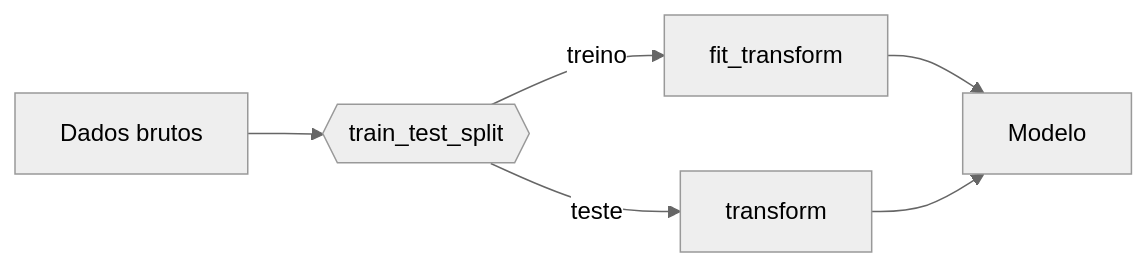
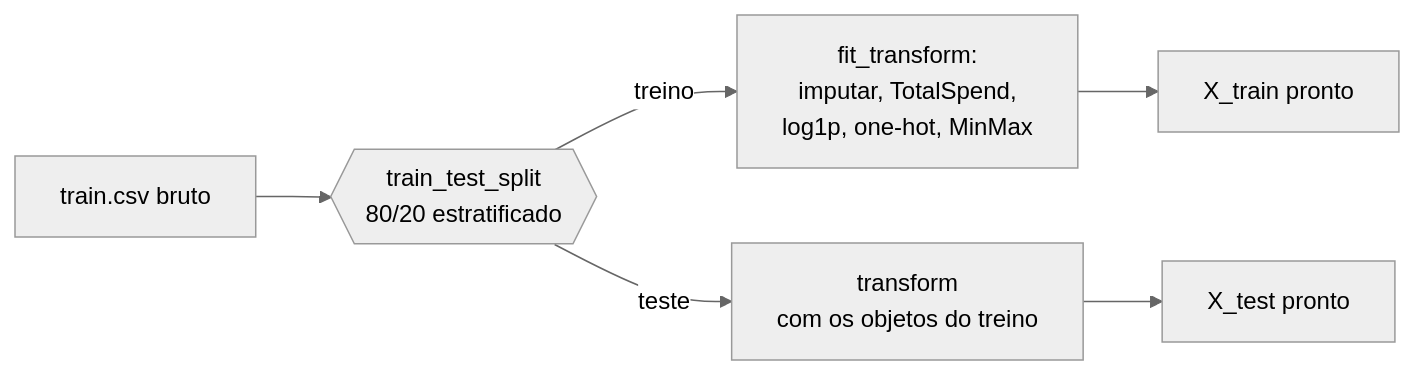
Before and after one commit to giovannyjvr/exercicio-redes: the diagram in docs/exercises/data/index.md, drawn with Mermaid (neutral theme). The commit also changed other lines of this file and 3 other files, not shown here.

````diff
--- a/docs/exercises/data/index.md
+++ b/docs/exercises/data/index.md
@@ -90,8 +655,8 @@
 ``` mermaid
 flowchart LR
-    raw[Dados brutos] --> split{{train_test_split}}
-    split -->|treino| fit[fit_transform]
-    split -->|teste| apply[transform]
-    fit --> model[Modelo]
-    apply --> model
+    raw[train.csv bruto] --> split{{train_test_split<br/>80/20 estratificado}}
+    split -->|treino| fit[fit_transform:<br/>imputar, TotalSpend,<br/>log1p, one-hot, MinMax]
+    split -->|teste| apply[transform<br/>com os objetos do treino]
+    fit --> ready[X_train pronto]
+    apply --> ready2[X_test pronto]
 ```
````
